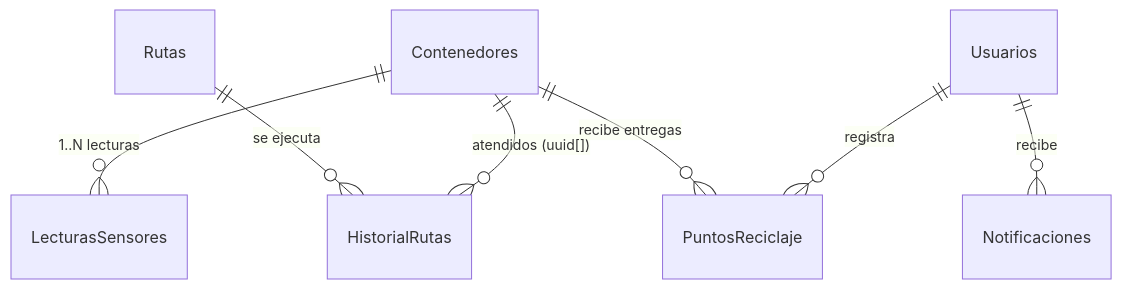
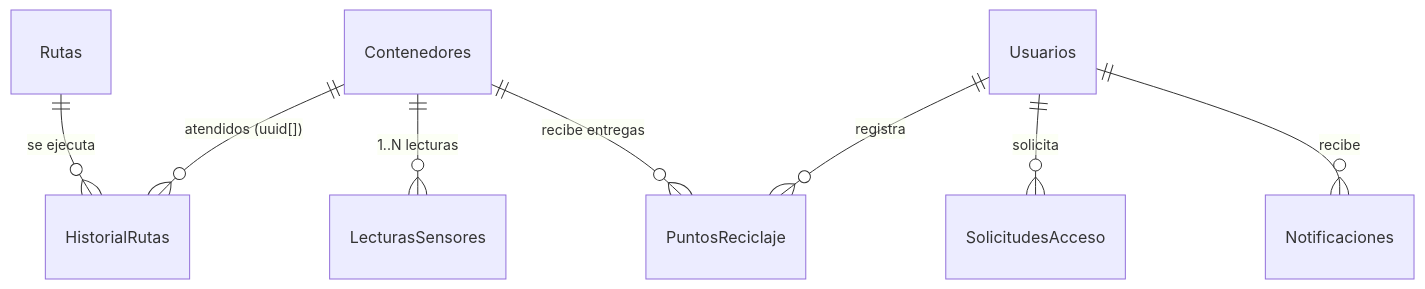
The sixth of 6 diagrams in INFORME_PROYECTO.md (anastasiagarcs-afk/ecoroute-ai), drawn with Mermaid before and after one commit. The commit also changed other lines of this file and 3 other files, not shown here.

````diff
--- a/INFORME_PROYECTO.md
+++ b/INFORME_PROYECTO.md
@@ -504,9 +590,10 @@
 ```mermaid
 erDiagram
     Contenedores ||--o{ LecturasSensores : "1..N lecturas"
     Contenedores ||--o{ PuntosReciclaje : "recibe entregas"
     Usuarios ||--o{ PuntosReciclaje : "registra"
     Usuarios ||--o{ Notificaciones : "recibe"
+    Usuarios ||--o{ SolicitudesAcceso : "solicita"
     Rutas ||--o{ HistorialRutas : "se ejecuta"
     Contenedores ||--o{ HistorialRutas : "atendidos (uuid[])"
 ```
````
